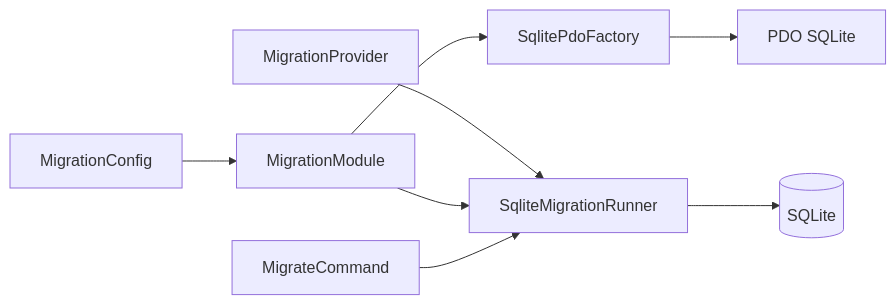
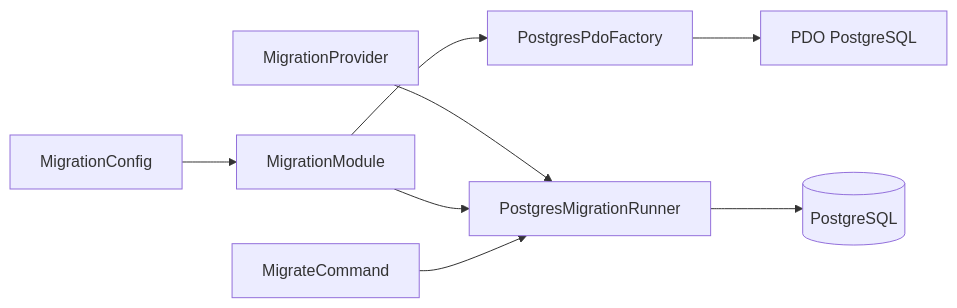
Before and after one commit to vendelev/async-job-search: the diagram in backend/src/Migration/README.md, drawn with Mermaid. The commit also changed other lines of this file and 19 other files, not shown here.

````diff
--- a/backend/src/Migration/README.md
+++ b/backend/src/Migration/README.md
@@ -27,10 +27,10 @@
 ```mermaid
 flowchart LR
-    Provider[MigrationProvider] --> Runner[SqliteMigrationRunner]
+    Provider[MigrationProvider] --> Runner[PostgresMigrationRunner]
     Config[MigrationConfig] --> Module[MigrationModule]
-    Module --> Factory[SqlitePdoFactory]
-    Factory --> PDO[PDO SQLite]
+    Module --> Factory[PostgresPdoFactory]
+    Factory --> PDO[PDO PostgreSQL]
     Module --> Runner
-    Runner --> Database[(SQLite)]
+    Runner --> Database[(PostgreSQL)]
     Command[MigrateCommand] --> Runner
 ```
````
